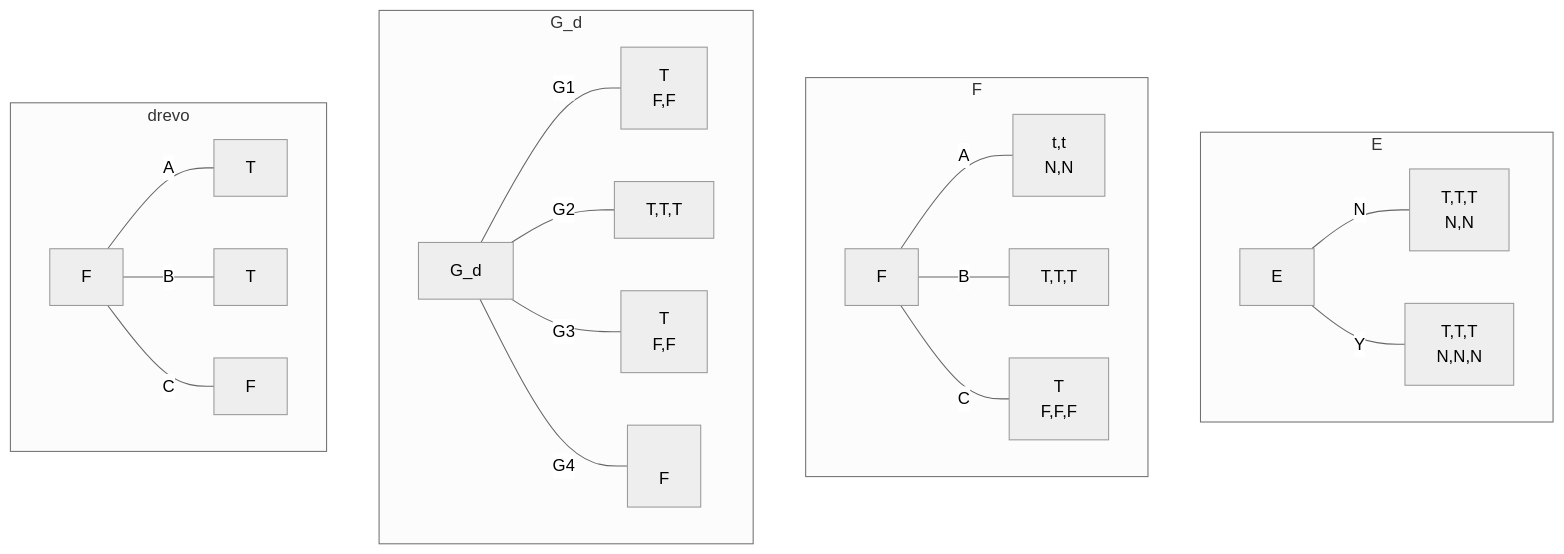
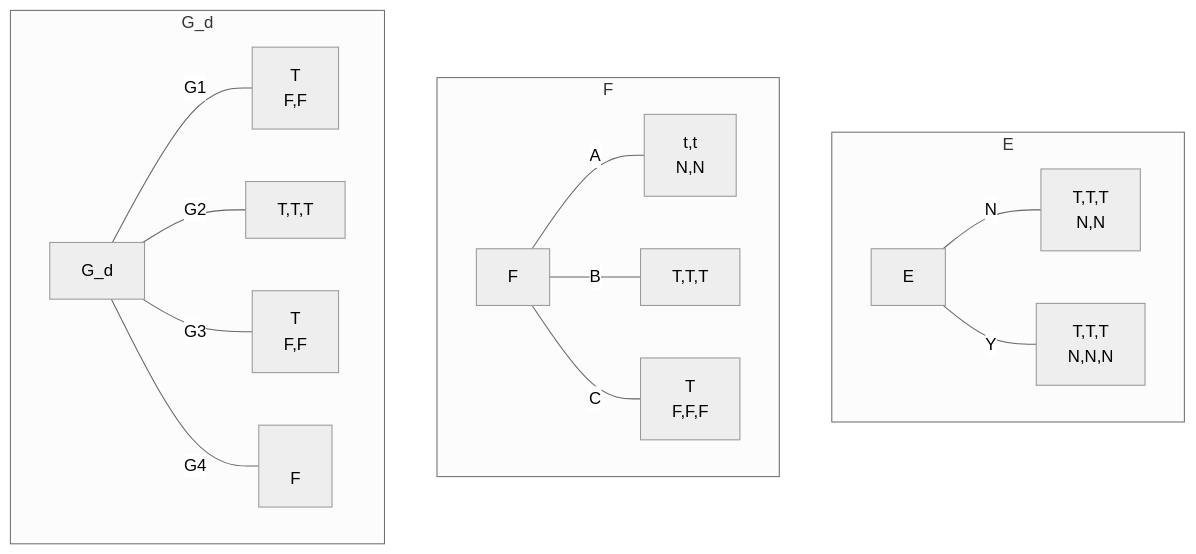
One commit to Tiggax/Zapiski changed the first of 2 diagrams in 2. Letnik/Osnove strojnega učenja in podatkovnega rudarjenja/B. Kolokvij.md. Above: the diagram before and after it, drawn with Mermaid (neutral theme). The commit also changed 1 other file, not shown here.

Commit message:
flyingarchie backup: 2021-11-19 10:09:51

````diff
--- a/2. Letnik/Osnove strojnega učenja in podatkovnega rudarjenja/B. Kolokvij.md
+++ b/2. Letnik/Osnove strojnega učenja in podatkovnega rudarjenja/B. Kolokvij.md
@@ -127,23 +127,18 @@
 ```mermaid
 graph TB
 subgraph Y[E]
 	A[E]-- N ---B[T,T,T<br>N,N]
 	A-- Y ---B1[T,T,T<br>N,N,N]
 end
 subgraph X[F]
 	C[F]-- A ---D[t,t<br>N,N]
 	C-- B ---D1[T,T,T]
 	C-- C ---D2[T<br>F,F,F]
 end
 subgraph G_d
 	E[G_d]-- G1 ---F[T<br>F,F]
 	E-- G2 ---F1[T,T,T]
 	E-- G3 ---F2[T<br>F,F]
 	E-- G4 ---F3[<br>F]
 end
-subgraph Dr[drevo]
-	G[F]-- A ---H[T]
-	G-- B ---H1[T]
-	G-- C ---H2[F]
-end
 ```
````
